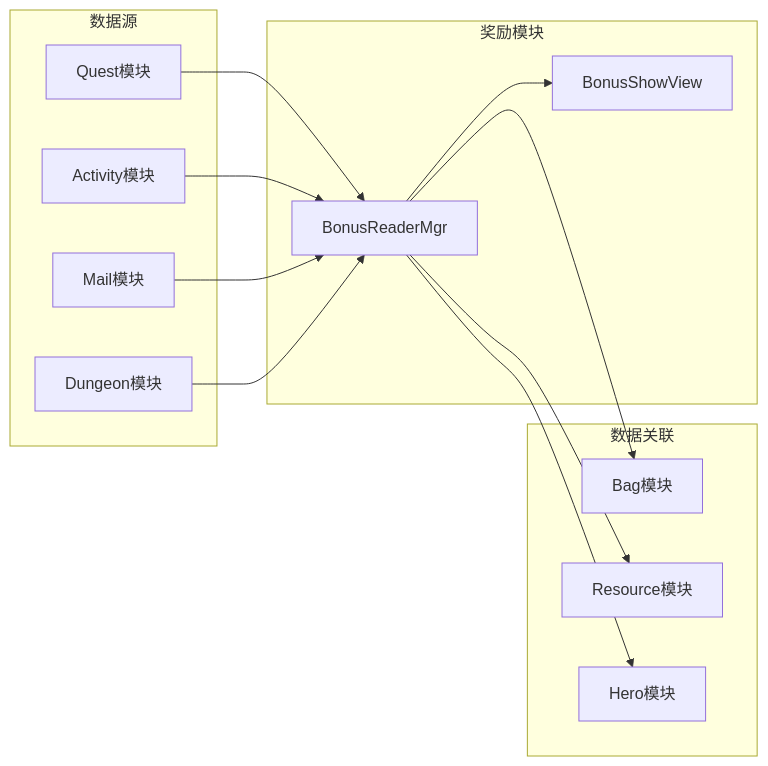
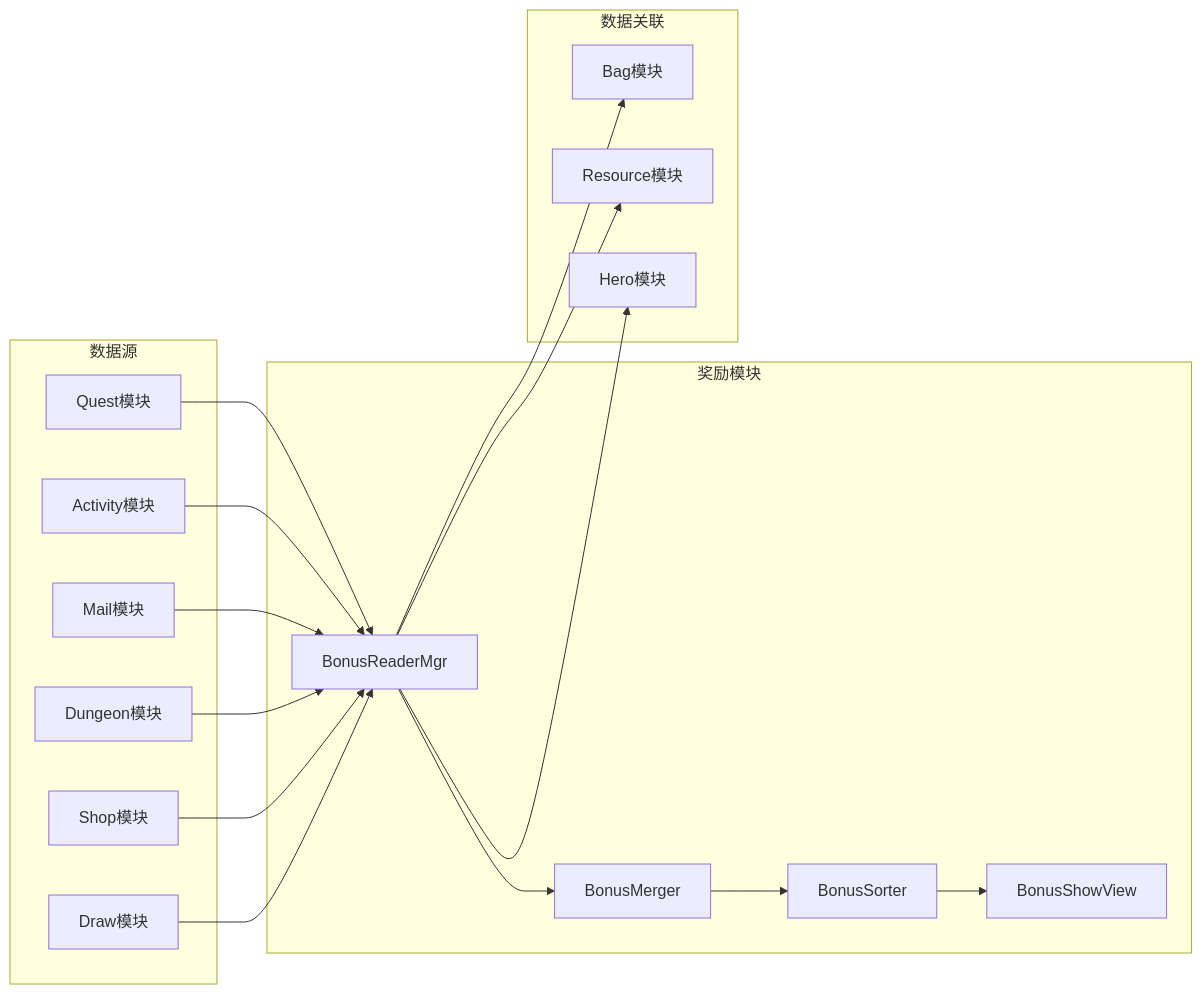
One commit to Alan-Ben/k2c_game_framework changed the fifth of 5 diagrams in docs/Module_Bonus/06_实现细节.md. Above: the diagram before and after it, drawn with Mermaid. The commit also changed other lines of this file and 5 other files, not shown here.

````diff
--- a/docs/Module_Bonus/06_实现细节.md
+++ b/docs/Module_Bonus/06_实现细节.md
@@ -525,31 +961,37 @@
 ```mermaid
 flowchart LR
     subgraph 数据源
         A[Quest模块]
         B[Activity模块]
         C[Mail模块]
         D[Dungeon模块]
+        E[Shop模块]
+        F[Draw模块]
     end
 
     subgraph 奖励模块
-        E[BonusReaderMgr]
-        F[BonusShowView]
+        G[BonusReaderMgr]
+        H[BonusMerger]
+        I[BonusSorter]
+        J[BonusShowView]
     end
 
     subgraph 数据关联
-        G[Bag模块]
-        H[Resource模块]
-        I[Hero模块]
+        K[Bag模块]
+        L[Resource模块]
+        M[Hero模块]
     end
 
-    A --> E
-    B --> E
-    C --> E
-    D --> E
+    A --> G
+    B --> G
+    C --> G
+    D --> G
+    E --> G
+    F --> G
 
-    E --> F
+    G --> H --> I --> J
 
-    E --> G
-    E --> H
-    E --> I
+    G --> K
+    G --> L
+    G --> M
 ```
````
